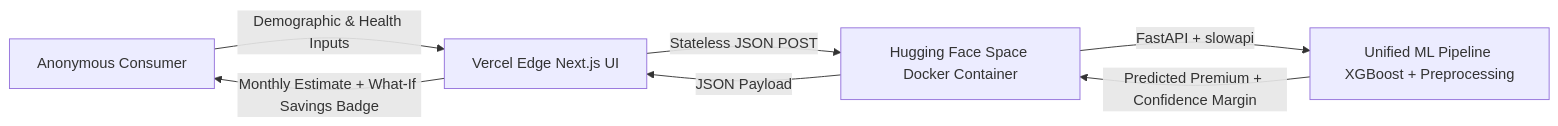
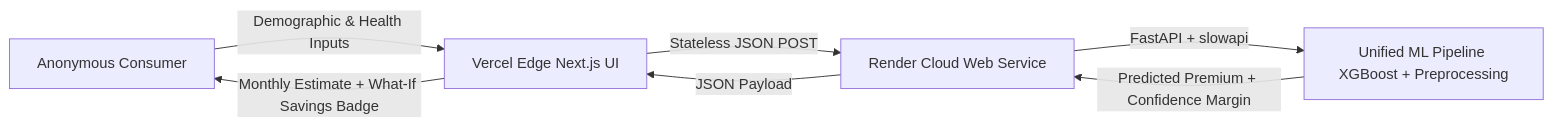
The diagram in README.md (Sayan-pixel/DeltaCare), drawn with Mermaid before and after one commit. The commit also changed other lines of this file and 2 other files, not shown here.

Commit message:
docs: add live production badges and Vercel/Render URLs to README

````diff
--- a/README.md
+++ b/README.md
@@ -21,9 +31,9 @@
 ```mermaid
 flowchart LR
     A[Anonymous Consumer] -->|Demographic & Health Inputs| B[Vercel Edge Next.js UI]
-    B -->|Stateless JSON POST| C[Hugging Face Space Docker Container]
+    B -->|Stateless JSON POST| C[Render Cloud Web Service]
     C -->|FastAPI + slowapi| D[Unified ML Pipeline XGBoost + Preprocessing]
     D -->|Predicted Premium + Confidence Margin| C
     C -->|JSON Payload| B
     B -->|Monthly Estimate + What-If Savings Badge| A
 ```
````
